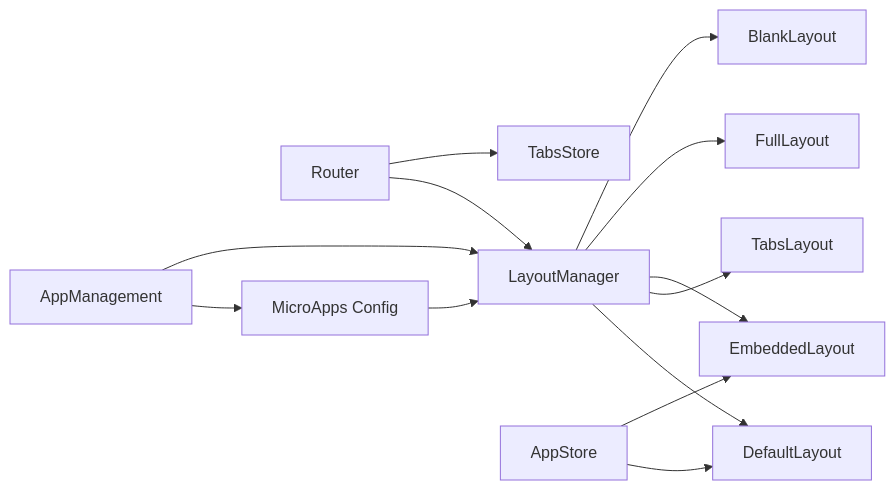
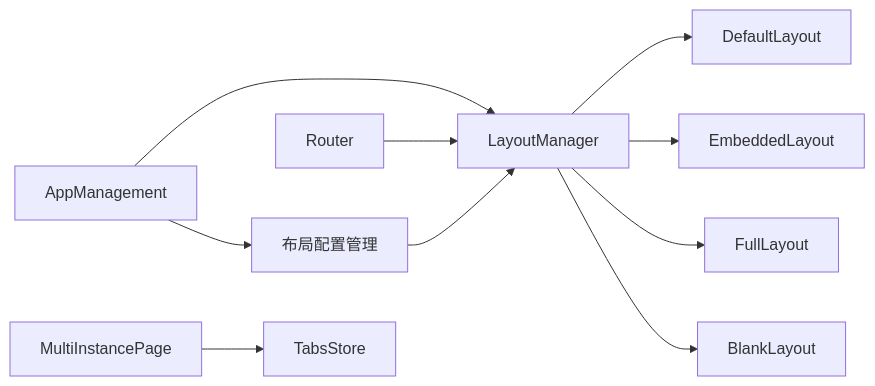
The sixth of 6 diagrams in .qoder/repowiki/zh/content/配置管理/布局配置.md (my-Sitara/artisan-base-frontend), drawn with Mermaid before and after one commit. The commit also changed other lines of this file and 25 other files, not shown here.

````diff
--- a/.qoder/repowiki/zh/content/配置管理/布局配置.md
+++ b/.qoder/repowiki/zh/content/配置管理/布局配置.md
@@ -292,15 +319,12 @@
 ```mermaid
 graph LR
-LM["LayoutManager"] --> DL["DefaultLayout"]
-LM --> TL["TabsLayout"]
+LCM["布局配置管理"] --> LM["LayoutManager"]
+LM --> DL["DefaultLayout"]
 LM --> EL["EmbeddedLayout"]
 LM --> FL["FullLayout"]
 LM --> BL["BlankLayout"]
 RT["Router"] --> LM
-RT --> TS["TabsStore"]
-CFG["MicroApps Config"] --> LM
-AM["AppManagement"] --> CFG
-AM --> LM
-APP["AppStore"] --> DL
-APP --> EL
+AM["AppManagement"] --> LM
+AM --> LCM
+MIP["MultiInstancePage"] --> TS["TabsStore"]
 ```
````
